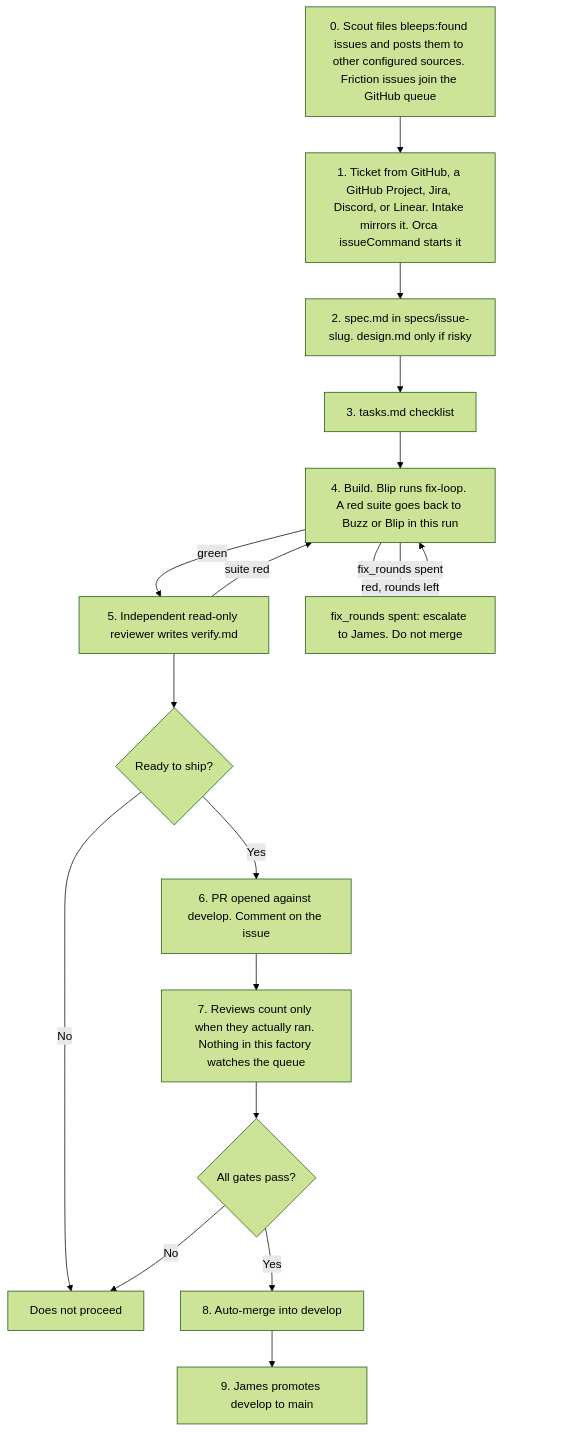
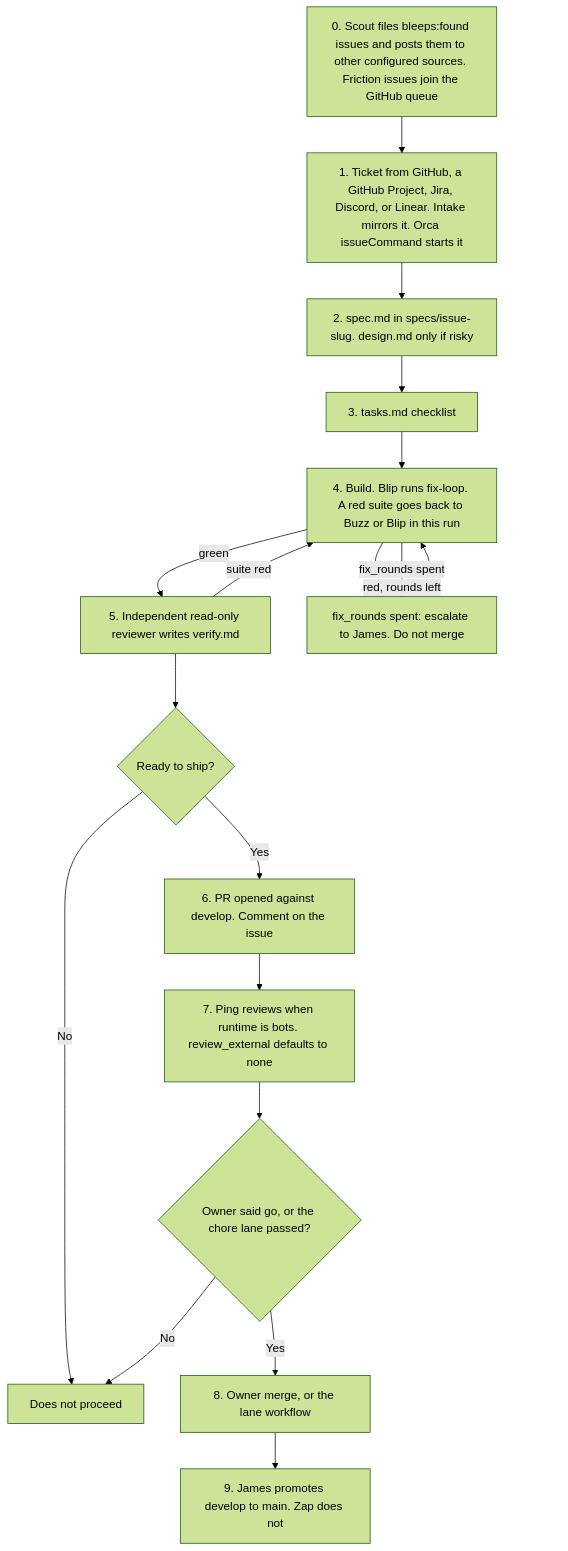
The diagram in docs/flow.md (eljamez/bleeps-and-bloops), drawn with Mermaid (forest theme) before and after one commit. The commit also changed other lines of this file and 61 other files, not shown here.

First line of the commit message:
Add an opt-in chore lane and the Ping, Boop, and Zap bots. (#17)

````diff
--- a/docs/flow.md
+++ b/docs/flow.md
@@ -24,27 +24,27 @@
 ```mermaid
 flowchart TD
   s0["0. Scout files bleeps:found issues and posts them to other configured sources. Friction issues join the GitHub queue"]
   s1["1. Ticket from GitHub, a GitHub Project, Jira, Discord, or Linear. Intake mirrors it. Orca issueCommand starts it"]
   s2["2. spec.md in specs/issue-slug. design.md only if risky"]
   s3["3. tasks.md checklist"]
   s4["4. Build. Blip runs fix-loop. A red suite goes back to Buzz or Blip in this run"]
   s5["5. Independent read-only reviewer writes verify.md"]
   ready{"Ready to ship?"}
   hold["Does not proceed"]
   limit["fix_rounds spent: escalate to James. Do not merge"]
   s6["6. PR opened against develop. Comment on the issue"]
-  s7["7. Reviews count only when they actually ran. Nothing in this factory watches the queue"]
-  gates{"All gates pass?"}
-  s8["8. Auto-merge into develop"]
-  s9["9. James promotes develop to main"]
+  s7["7. Ping reviews when runtime is bots. review_external defaults to none"]
+  gates{"Owner said go, or the chore lane passed?"}
+  s8["8. Owner merge, or the lane workflow"]
+  s9["9. James promotes develop to main. Zap does not"]
 
   s0 --> s1 --> s2 --> s3 --> s4
   s4 -->|green| s5 --> ready
   s4 -->|red, rounds left| s4
   s4 -->|fix_rounds spent| limit
   s5 -->|suite red| s4
   ready -->|No| hold
   ready -->|Yes| s6 --> s7 --> gates
   gates -->|No| hold
   gates -->|Yes| s8 --> s9
 ```
````
